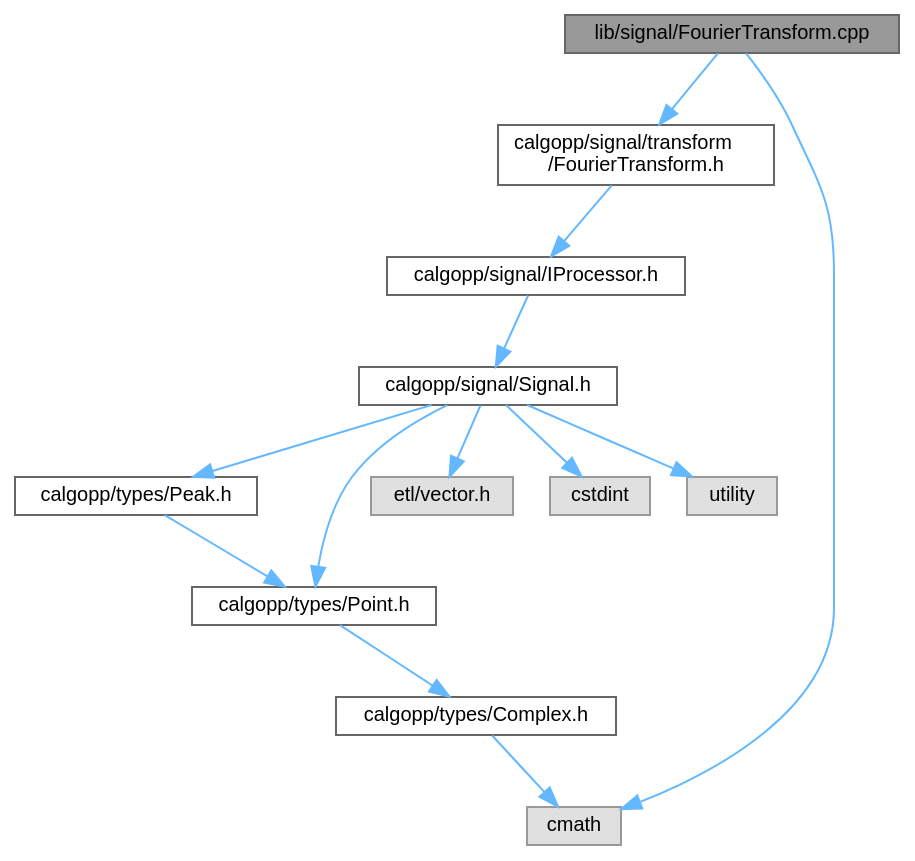
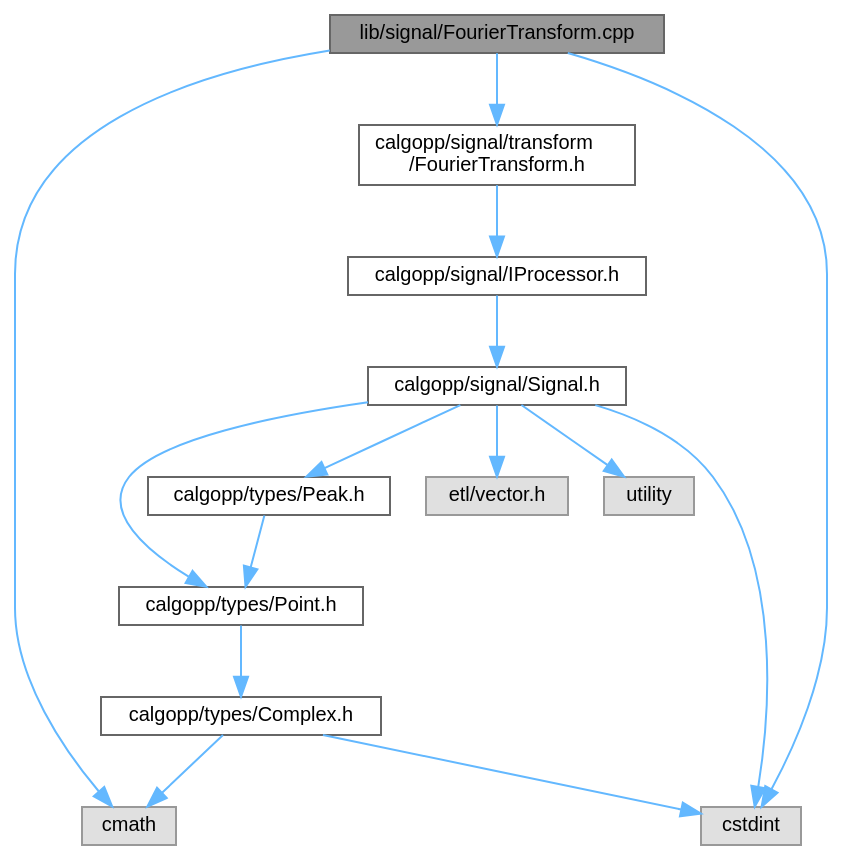
Before and after one commit to pawelekg95/algopp: the diagram in FourierTransform_8cpp__incl.dot, drawn with Graphviz. The commit also changed 45 other files, not shown here.

```diff
--- a/FourierTransform_8cpp__incl.dot
+++ b/FourierTransform_8cpp__incl.dot
@@ -1,30 +1,32 @@
 digraph "lib/signal/FourierTransform.cpp"
 {
  // LATEX_PDF_SIZE
   bgcolor="transparent";
   edge [fontname=Helvetica,fontsize=10,labelfontname=Helvetica,labelfontsize=10];
   node [fontname=Helvetica,fontsize=10,shape=box,height=0.2,width=0.4];
   Node1 [label="lib/signal/FourierTransform.cpp",height=0.2,width=0.4,color="gray40", fillcolor="grey60", style="filled", fontcolor="black",tooltip=" "];
   Node1 -> Node2 [color="steelblue1",style="solid"];
   Node2 [label="calgopp/signal/transform\l/FourierTransform.h",height=0.2,width=0.4,color="grey40", fillcolor="white", style="filled",URL="$FourierTransform_8h.html",tooltip=" "];
   Node2 -> Node3 [color="steelblue1",style="solid"];
   Node3 [label="calgopp/signal/IProcessor.h",height=0.2,width=0.4,color="grey40", fillcolor="white", style="filled",URL="$IProcessor_8h.html",tooltip=" "];
   Node3 -> Node4 [color="steelblue1",style="solid"];
   Node4 [label="calgopp/signal/Signal.h",height=0.2,width=0.4,color="grey40", fillcolor="white", style="filled",URL="$Signal_8h.html",tooltip=" "];
   Node4 -> Node5 [color="steelblue1",style="solid"];
   Node5 [label="calgopp/types/Peak.h",height=0.2,width=0.4,color="grey40", fillcolor="white", style="filled",URL="$Peak_8h.html",tooltip=" "];
   Node5 -> Node6 [color="steelblue1",style="solid"];
   Node6 [label="calgopp/types/Point.h",height=0.2,width=0.4,color="grey40", fillcolor="white", style="filled",URL="$Point_8h.html",tooltip=" "];
   Node6 -> Node7 [color="steelblue1",style="solid"];
   Node7 [label="calgopp/types/Complex.h",height=0.2,width=0.4,color="grey40", fillcolor="white", style="filled",URL="$Complex_8h.html",tooltip=" "];
   Node7 -> Node8 [color="steelblue1",style="solid"];
   Node8 [label="cmath",height=0.2,width=0.4,color="grey60", fillcolor="#E0E0E0", style="filled",tooltip=" "];
+  Node7 -> Node9 [color="steelblue1",style="solid"];
+  Node9 [label="cstdint",height=0.2,width=0.4,color="grey60", fillcolor="#E0E0E0", style="filled",tooltip=" "];
   Node4 -> Node6 [color="steelblue1",style="solid"];
+  Node4 -> Node10 [color="steelblue1",style="solid"];
+  Node10 [label="etl/vector.h",height=0.2,width=0.4,color="grey60", fillcolor="#E0E0E0", style="filled",tooltip=" "];
   Node4 -> Node9 [color="steelblue1",style="solid"];
-  Node9 [label="etl/vector.h",height=0.2,width=0.4,color="grey60", fillcolor="#E0E0E0", style="filled",tooltip=" "];
-  Node4 -> Node10 [color="steelblue1",style="solid"];
-  Node10 [label="cstdint",height=0.2,width=0.4,color="grey60", fillcolor="#E0E0E0", style="filled",tooltip=" "];
   Node4 -> Node11 [color="steelblue1",style="solid"];
   Node11 [label="utility",height=0.2,width=0.4,color="grey60", fillcolor="#E0E0E0", style="filled",tooltip=" "];
   Node1 -> Node8 [color="steelblue1",style="solid"];
+  Node1 -> Node9 [color="steelblue1",style="solid"];
 }
```
